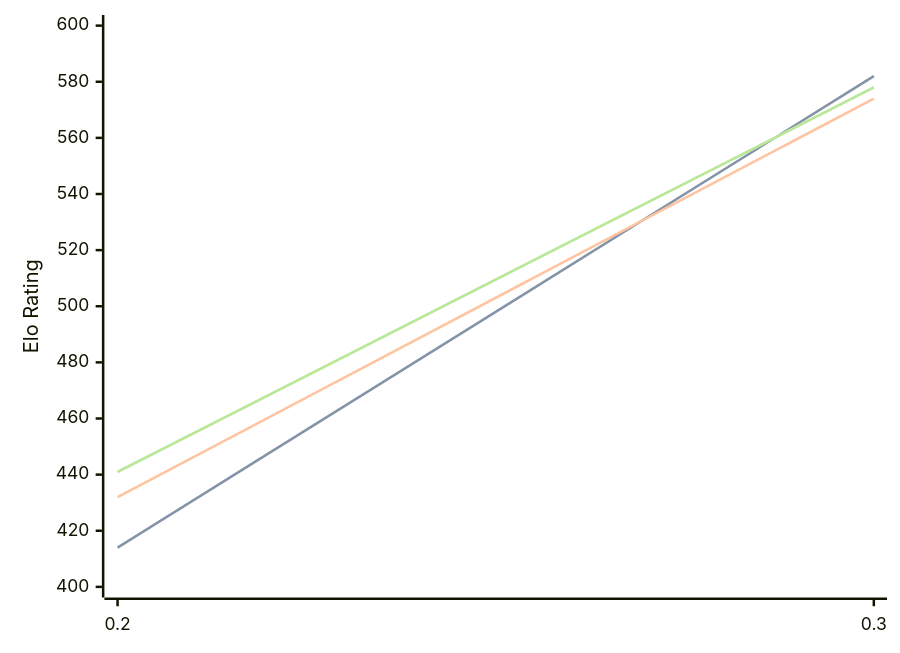
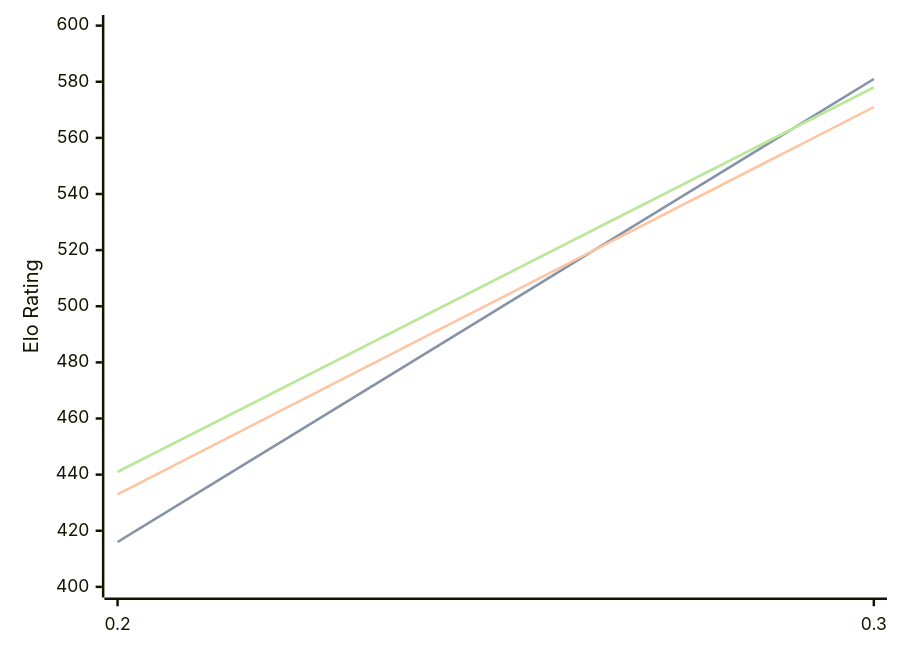
The diagram in engines/Magpie.md (computer-chess-index/cci), drawn with Mermaid before and after one commit. The commit also changed other lines of this file, not shown here.

````diff
--- a/engines/Magpie.md
+++ b/engines/Magpie.md
@@ -32,11 +32,11 @@
 ```mermaid
 %%{init: {"theme":"base","themeVariables":{"seriesColors:['#a3a3a3','#222221','#faa371']}}}%%
 xychart-beta
   x-axis ["0.2", "0.3"]
   y-axis "Elo Rating" 400 --> 600
-  line "STC (8.0+0.08s)" [414, 582]
-  line "STC (8.0+0.08s)" [414, 582]
-  line "LTC (60.0+0.60s)" [432, 574]
+  line "STC (8.0+0.08s)" [416, 581]
+  line "STC (8.0+0.08s)" [416, 581]
+  line "LTC (60.0+0.60s)" [433, 571]
   line "VLTC (2m24s+1.12s)" [441, 578]
   line "VLTC (2m24s+1.12s)" [441, 578]
 ```
````
